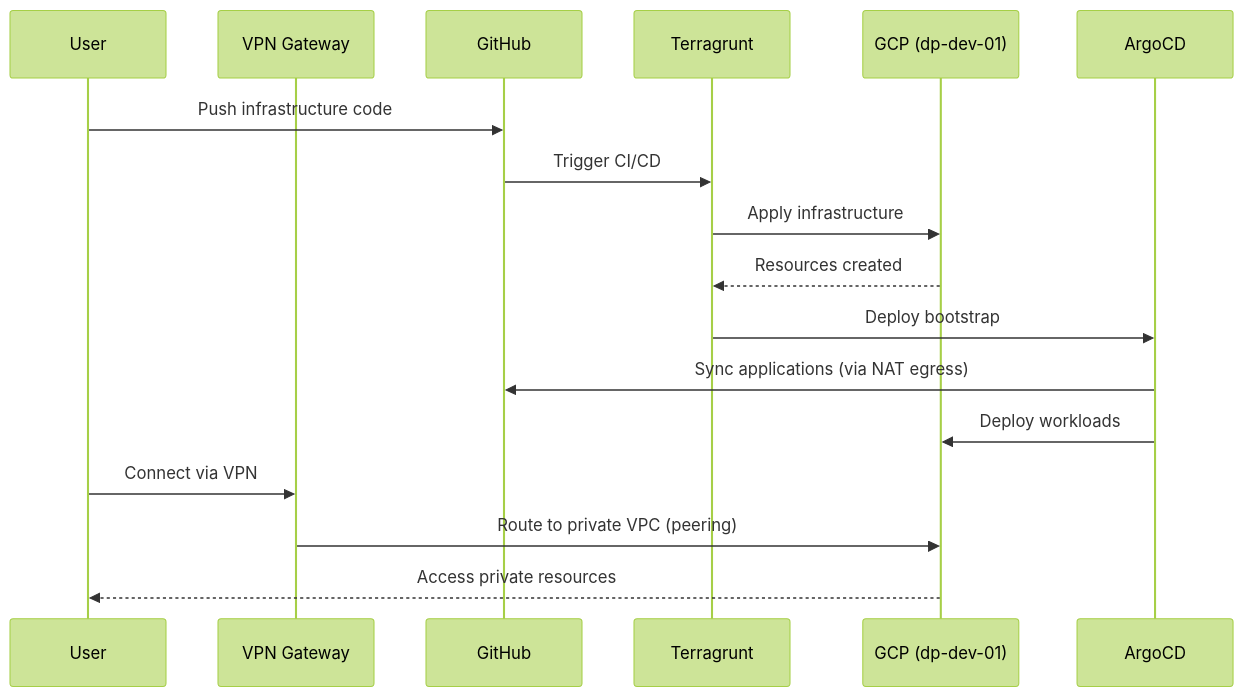
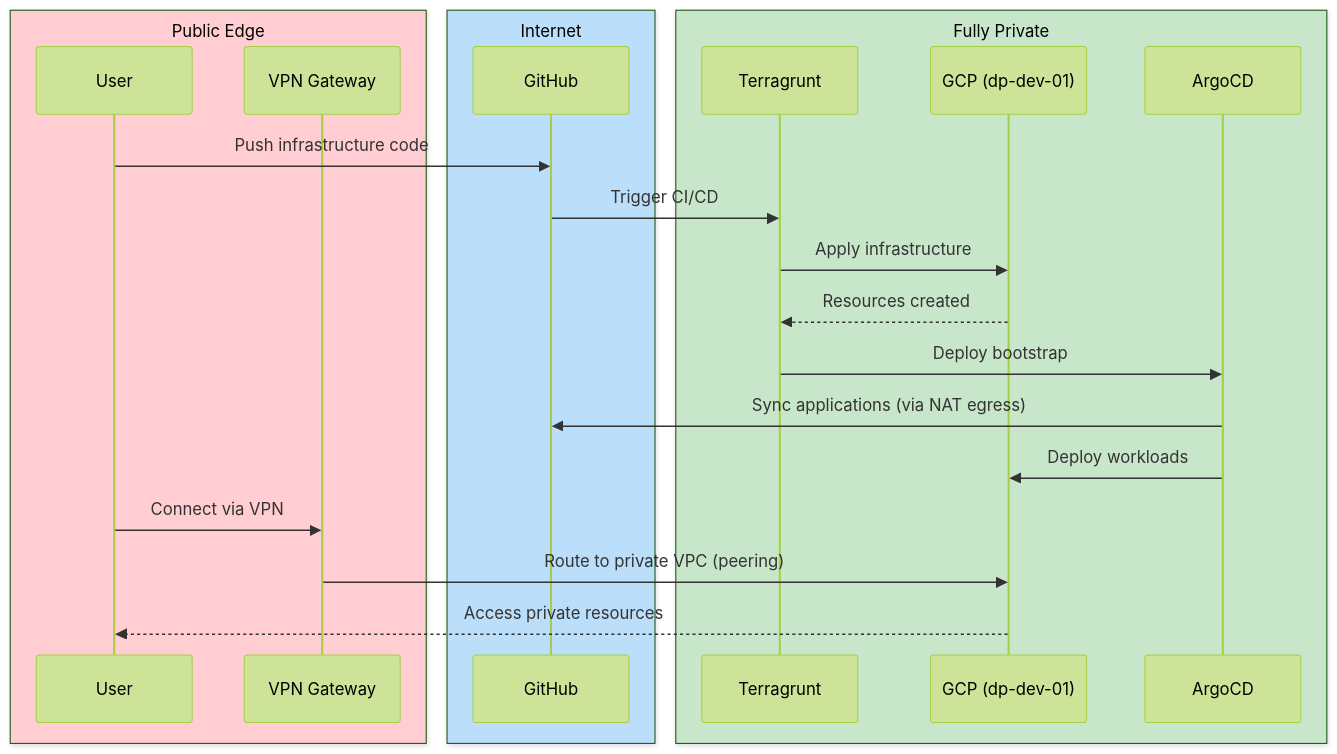
One commit to spolspol/terragrunt-gcp-org-automation changed the seventh of 7 diagrams in docs/ARCHITECTURE_DIAGRAM.md. Above: the diagram before and after it, drawn with Mermaid (forest theme). The commit also changed other lines of this file, not shown here.

First line of the commit message:
Enhances GCP architecture diagram

````diff
--- a/docs/ARCHITECTURE_DIAGRAM.md
+++ b/docs/ARCHITECTURE_DIAGRAM.md
@@ -331,20 +426,26 @@
 ```mermaid
 sequenceDiagram
-    participant User
-    participant VPN as VPN Gateway
-    participant GitHub
-    participant Terragrunt
-    participant GCP as GCP (dp-dev-01)
-    participant ArgoCD
+    box rgb(255,205,210) Public Edge
+        participant User
+        participant VPN as VPN Gateway
+    end
+    box rgb(187,222,251) Internet
+        participant GitHub
+    end
+    box rgb(200,230,201) Fully Private
+        participant Terragrunt
+        participant GCP as GCP (dp-dev-01)
+        participant ArgoCD
+    end
 
     User->>GitHub: Push infrastructure code
     GitHub->>Terragrunt: Trigger CI/CD
     Terragrunt->>GCP: Apply infrastructure
     GCP-->>Terragrunt: Resources created
     Terragrunt->>ArgoCD: Deploy bootstrap
     ArgoCD->>GitHub: Sync applications (via NAT egress)
     ArgoCD->>GCP: Deploy workloads
     User->>VPN: Connect via VPN
     VPN->>GCP: Route to private VPC (peering)
     GCP-->>User: Access private resources
 ```
````
